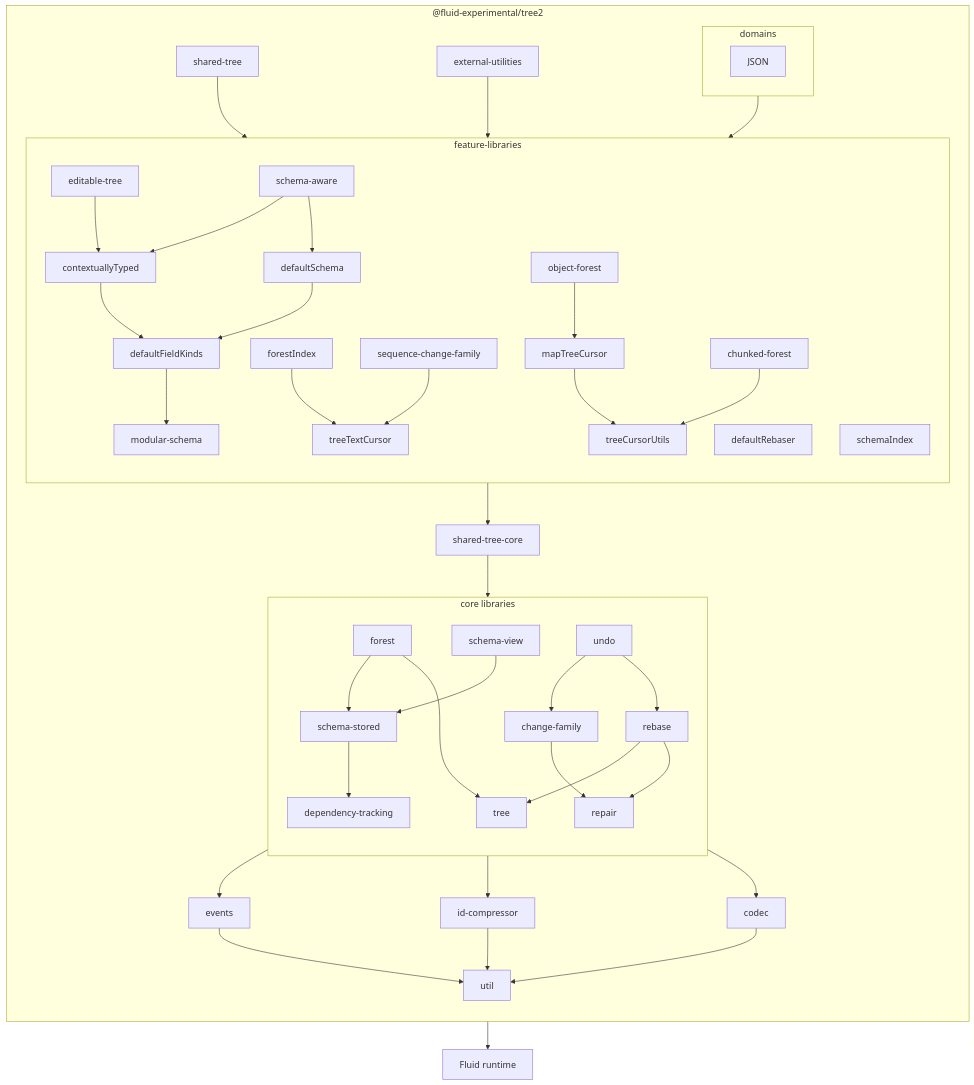
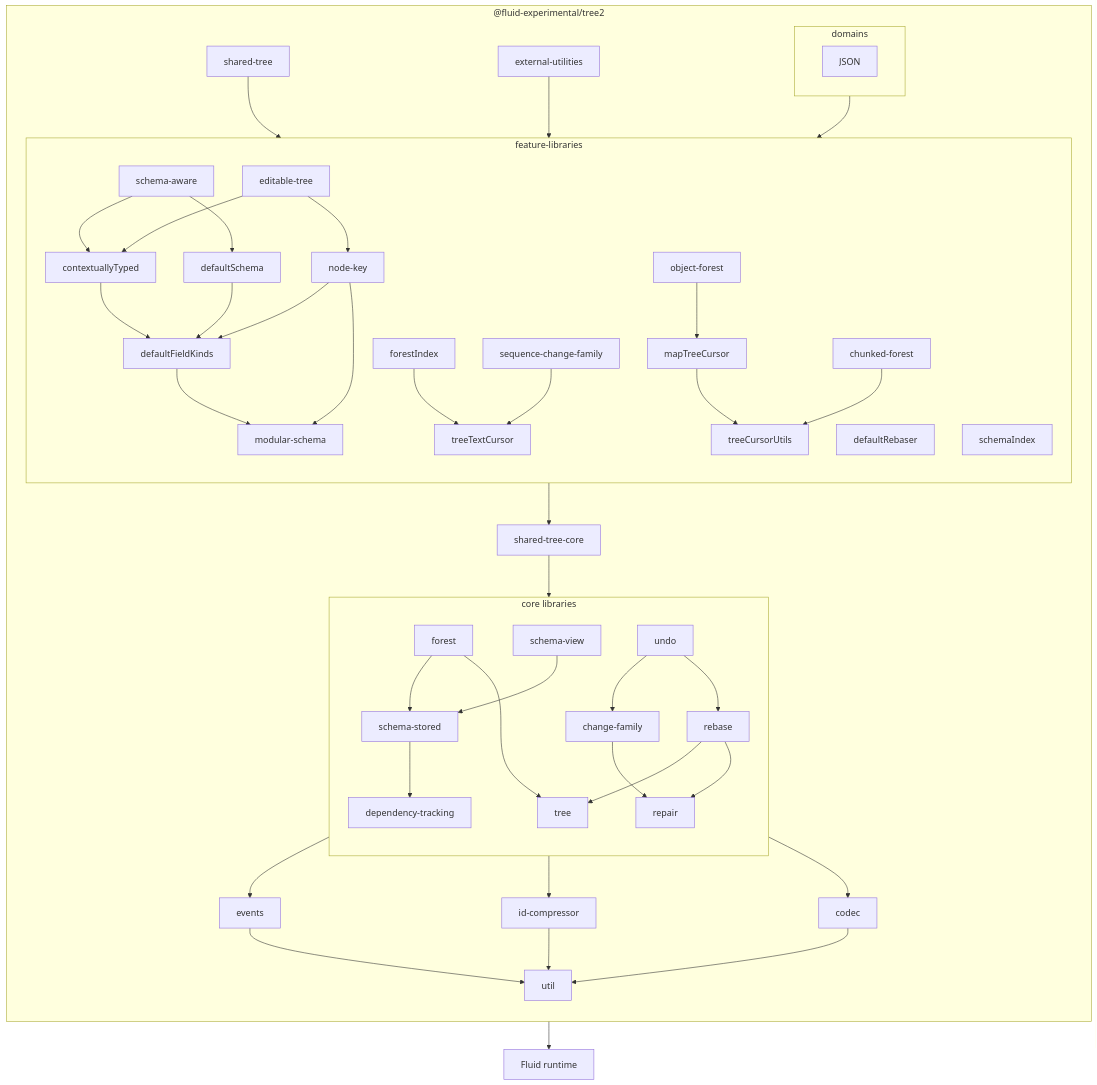
The sixth of 6 diagrams in experimental/dds/tree2/README.md (microsoft/FluidFramework), drawn with Mermaid before and after one commit. The commit also changed 33 other files, not shown here.

First line of the commit message:
Update SharedTree Node Identifier (Node Key) API (#15844)

````diff
--- a/experimental/dds/tree2/README.md
+++ b/experimental/dds/tree2/README.md
@@ -318,47 +318,50 @@
 ```mermaid
 flowchart
     direction TB
     subgraph package ["@fluid-experimental/tree2"]
         direction TB
         subgraph core ["core libraries"]
             direction TB
             forest-->schema-stored
             rebase-->tree
             change-family-->repair
             rebase-->repair
             schema-stored-->dependency-tracking
             schema-view-->schema-stored
             dependency-tracking
             forest-->tree
             undo-->change-family
             undo-->rebase
         end
         core-->events-->util
         core-->id-compressor-->util
         core-->codec-->util
         feature-->shared-tree-core
         shared-tree-core-->core
         shared-tree-->feature
         external-utilities-->feature
         subgraph feature ["feature-libraries"]
             direction TB
+            schema-aware-->defaultSchema
+            schema-aware-->contextuallyTyped
             editable-tree-->contextuallyTyped
+            editable-tree-->node-key
             defaultRebaser
             contextuallyTyped-->defaultFieldKinds
             defaultSchema-->defaultFieldKinds-->modular-schema
             forestIndex-->treeTextCursor
-            schema-aware-->defaultSchema
-            schema-aware-->contextuallyTyped
             modular-schema
+            node-key-->modular-schema
+            node-key-->defaultFieldKinds
             object-forest-->mapTreeCursor-->treeCursorUtils
             chunked-forest-->treeCursorUtils
             schemaIndex
             sequence-change-family-->treeTextCursor
         end
         subgraph domains
             JSON
         end
         domains-->feature
     end
     package-->runtime["Fluid runtime"]
 ```
````
